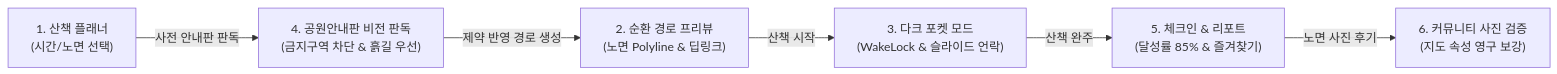
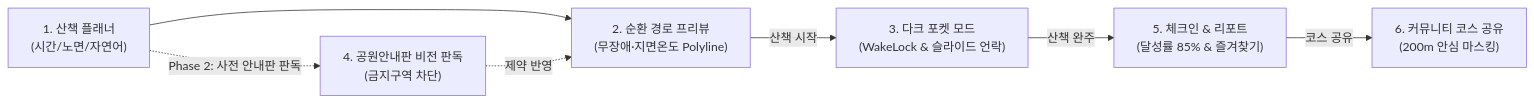
The diagram in mockup/README.md (haru2014/pet_walk_t01), drawn with Mermaid before and after one commit. The commit also changed other lines of this file and 22 other files, not shown here.

````diff
--- a/mockup/README.md
+++ b/mockup/README.md
@@ -9,8 +9,9 @@
 ```mermaid
 graph LR
-    S1["1. 산책 플래너<br/>(시간/노면 선택)"] -->|사전 안내판 판독| S4["4. 공원안내판 비전 판독<br/>(금지구역 차단 & 흙길 우선)"]
-    S4 -->|제약 반영 경로 생성| S2["2. 순환 경로 프리뷰<br/>(노면 Polyline & 딥링크)"]
+    S1["1. 산책 플래너<br/>(시간/노면/자연어)"] --> S2["2. 순환 경로 프리뷰<br/>(무장애·지면온도 Polyline)"]
     S2 -->|산책 시작| S3["3. 다크 포켓 모드<br/>(WakeLock & 슬라이드 언락)"]
     S3 -->|산책 완주| S5["5. 체크인 & 리포트<br/>(달성률 85% & 즐겨찾기)"]
-    S5 -->|노면 사진 후기| S6["6. 커뮤니티 사진 검증<br/>(지도 속성 영구 보강)"]
+    S5 -->|코스 공유| S6["6. 커뮤니티 코스 공유<br/>(200m 안심 마스킹)"]
+    S1 -.->|Phase 2: 사전 안내판 판독| S4["4. 공원안내판 비전 판독<br/>(금지구역 차단)"]
+    S4 -.->|제약 반영| S2
 ```
````
